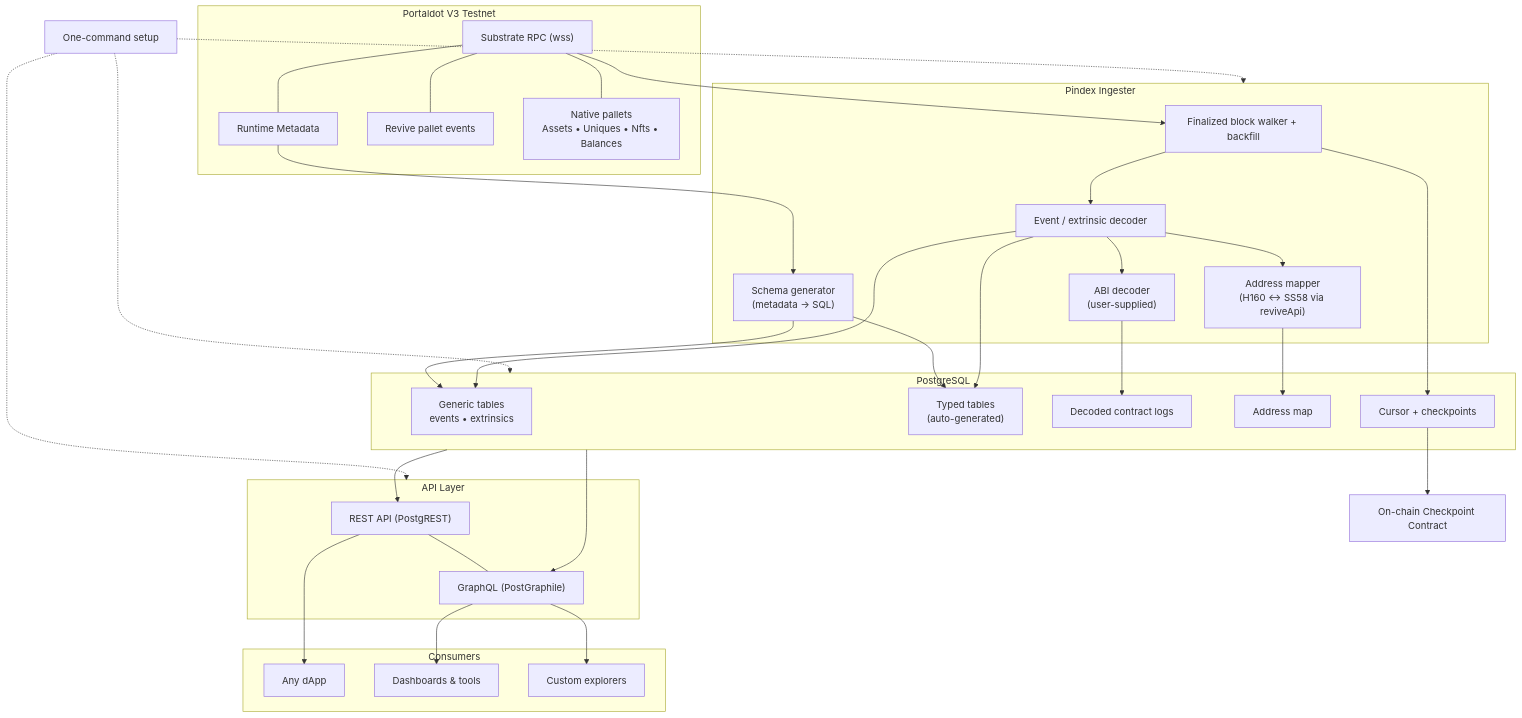
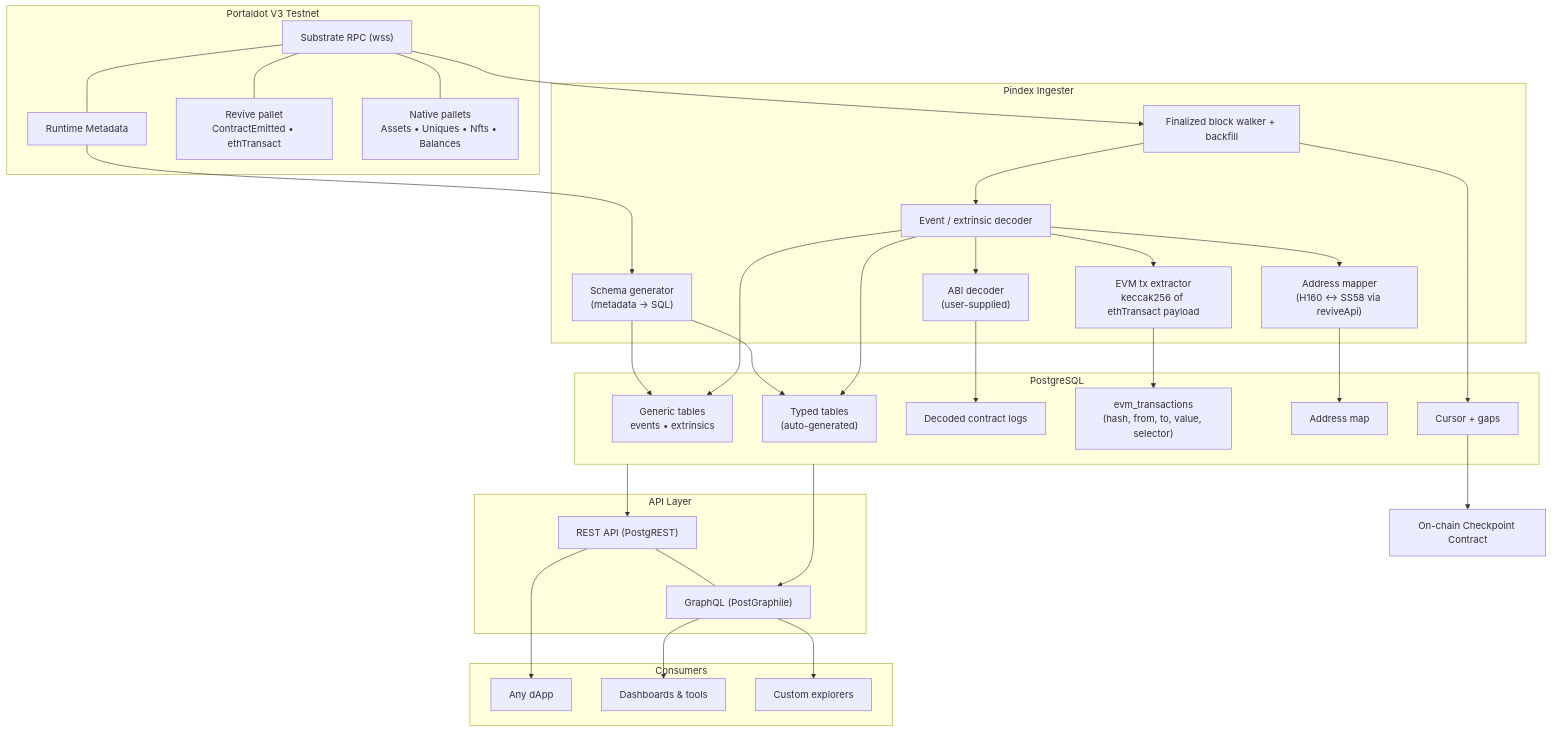
Before and after one commit to youthisguy/portalIndex: the diagram in README.md, drawn with Mermaid. The commit also changed 2 other files, not shown here.

Commit message:
docs: update architecture diagram with EVM tx extraction

````diff
--- a/README.md
+++ b/README.md
@@ -69,65 +69,65 @@
 ```mermaid
 flowchart TB
-    subgraph Chain["Portaldot V3 Testnet"]
-        RPC["Substrate RPC (wss)"]
-        META["Runtime Metadata"]
-        REV["Revive pallet events"]
-        NATIVE["Native pallets<br/>Assets • Uniques • Nfts • Balances"]
-        RPC --- META
-        RPC --- REV
-        RPC --- NATIVE
-    end
+subgraph Chain["Portaldot V3 Testnet"]
+RPC["Substrate RPC (wss)"]
+META["Runtime Metadata"]
+REV["Revive pallet<br/>ContractEmitted • ethTransact"]
+NATIVE["Native pallets<br/>Assets • Uniques • Nfts • Balances"]
+RPC --- META
+RPC --- REV
+RPC --- NATIVE
+end
 
-    subgraph Ingest["Pindex Ingester"]
-        FIN["Finalized block walker + backfill"]
-        DEC["Event / extrinsic decoder"]
-        SCHEMA["Schema generator<br/>(metadata → SQL)"]
-        ABI["ABI decoder<br/>(user-supplied)"]
-        MAP["Address mapper<br/>(H160 ↔ SS58 via reviveApi)"]
-        FIN --> DEC
-        DEC --> ABI
-        DEC --> MAP
-    end
+subgraph Ingest["Pindex Ingester"]
+FIN["Finalized block walker + backfill"]
+DEC["Event / extrinsic decoder"]
+SCHEMA["Schema generator<br/>(metadata → SQL)"]
+ABI["ABI decoder<br/>(user-supplied)"]
+MAP["Address mapper<br/>(H160 ↔ SS58 via reviveApi)"]
+EVMTX["EVM tx extractor<br/>keccak256 of ethTransact payload"]
+FIN --> DEC
+DEC --> ABI
+DEC --> MAP
+DEC --> EVMTX
+end
 
-    subgraph Store["PostgreSQL"]
-        GEN["Generic tables<br/>events • extrinsics"]
-        TYPED["Typed tables<br/>(auto-generated)"]
-        EVM["Decoded contract logs"]
-        ADDR["Address map"]
-        CKPT["Cursor + checkpoints"]
-    end
+subgraph Store["PostgreSQL"]
+GEN["Generic tables<br/>events • extrinsics"]
+TYPED["Typed tables<br/>(auto-generated)"]
+EVM["Decoded contract logs"]
+TXS["evm_transactions<br/>(hash, from, to, value, selector)"]
+ADDR["Address map"]
+CKPT["Cursor + gaps"]
+end
 
-    subgraph API["API Layer"]
-        REST["REST API (PostgREST)"]
-        GQL["GraphQL (PostGraphile)"]
-        REST --- GQL
-    end
+subgraph API["API Layer"]
+REST["REST API (PostgREST)"]
+GQL["GraphQL (PostGraphile)"]
+REST --- GQL
+end
 
-    subgraph Clients["Consumers"]
-        DApps["Any dApp"]
-        Tools["Dashboards & tools"]
-        Explorers["Custom explorers"]
-    end
+subgraph Clients["Consumers"]
+DApps["Any dApp"]
+Tools["Dashboards & tools"]
+Explorers["Custom explorers"]
+end
 
-    ANCHOR["On-chain Checkpoint Contract"]
-    CLI["One-command setup"]
+ANCHOR["On-chain Checkpoint Contract"]
 
-    META --> SCHEMA
-    SCHEMA --> GEN
-    SCHEMA --> TYPED
-    RPC --> FIN
-    DEC --> GEN
-    DEC --> TYPED
-    ABI --> EVM
-    MAP --> ADDR
-    FIN --> CKPT
-    Store --> REST
-    Store --> GQL
-    REST --> DApps
-    GQL --> Tools
-    GQL --> Explorers
-    CKPT --> ANCHOR
-    CLI -.-> Ingest
-    CLI -.-> Store
-    CLI -.-> API
+META --> SCHEMA
+SCHEMA --> GEN
+SCHEMA --> TYPED
+RPC --> FIN
+DEC --> GEN
+DEC --> TYPED
+ABI --> EVM
+EVMTX --> TXS
+MAP --> ADDR
+FIN --> CKPT
+Store --> REST
+Store --> GQL
+REST --> DApps
+GQL --> Tools
+GQL --> Explorers
+CKPT --> ANCHOR
 ```
````
